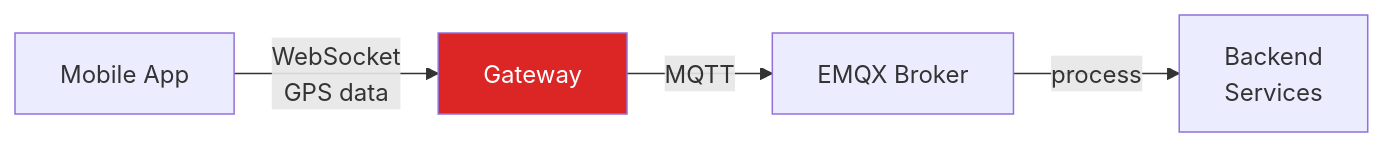
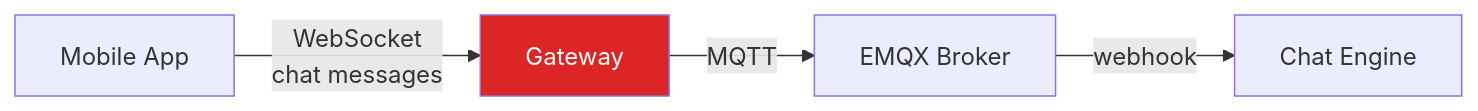
One commit to ahmadnurhidayat/docs changed the first of 5 diagrams in src/content/docs/04-conferences/kcd-indonesia-2026/presentation-draft.md. Above: the diagram before and after it, drawn with Mermaid. The commit also changed other lines of this file and 5 other files, not shown here.

````diff
--- a/src/content/docs/04-conferences/kcd-indonesia-2026/presentation-draft.md
+++ b/src/content/docs/04-conferences/kcd-indonesia-2026/presentation-draft.md
@@ -35,8 +40,8 @@
 ```mermaid
 flowchart LR
-    A["Mobile App"] -->|"WebSocket<br/>GPS data"| B["Gateway"]
+    A["Mobile App"] -->|"WebSocket<br/>chat messages"| B["Gateway"]
     B -->|"MQTT"| C["EMQX Broker"]
-    C -->|"process"| D["Backend<br/>Services"]
+    C -->|"webhook"| D["Chat Engine"]
 
     style B fill:#dc2626,color:#fff
 ```
````
